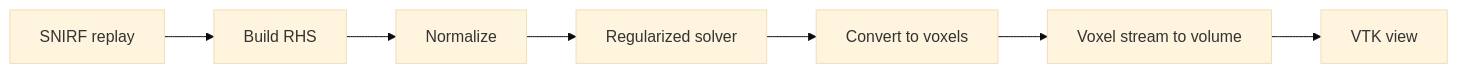
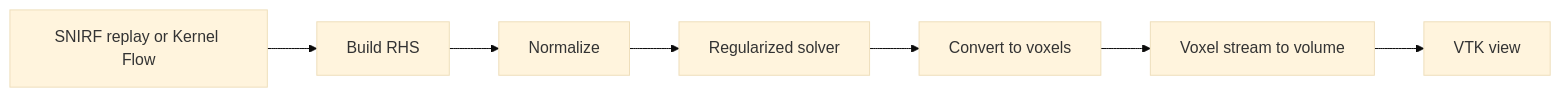
Before and after one commit to nvidia-holoscan/holoscan-applications: the diagram in applications/bci_visualization/README.md, drawn with Mermaid (base theme). The commit also changed other lines of this file and 10 other files, not shown here.

Commit message:
feat(bci_visualization): add live Kernel Flow input

````diff
--- a/applications/bci_visualization/README.md
+++ b/applications/bci_visualization/README.md
@@ -172,9 +204,9 @@
 ```mermaid
 flowchart LR
-    S[SNIRF replay] --> B[Build RHS]
+    S[SNIRF replay or Kernel Flow] --> B[Build RHS]
     B --> N[Normalize]
     N --> R[Regularized solver]
     R --> C[Convert to voxels]
     C --> V[Voxel stream to volume]
     V --> W[VTK view]
 ```
````
